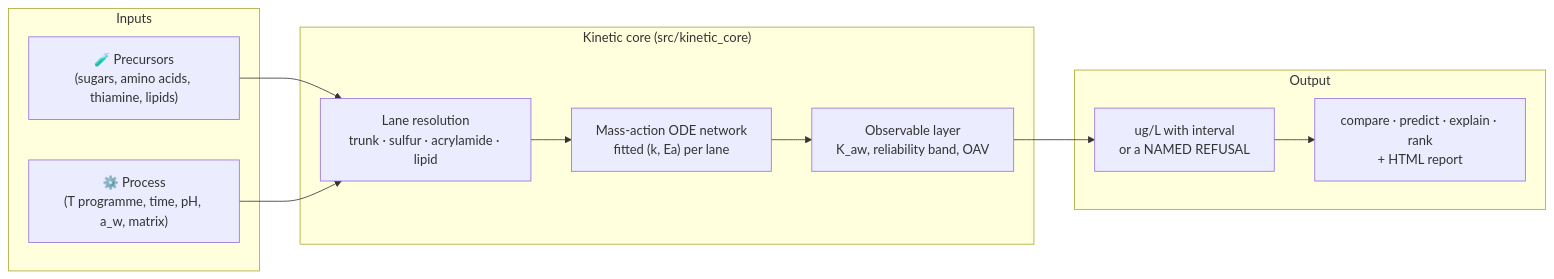
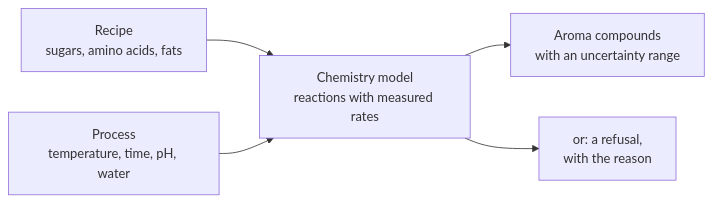
One commit to PabloAMC/Maillard changed the diagram in README.md. Above: the diagram before and after it, drawn with Mermaid. The commit also changed other lines of this file and 11 other files, not shown here.

````diff
--- a/README.md
+++ b/README.md
@@ -88,20 +57,7 @@
 ```mermaid
 graph LR
-    subgraph Inputs
-        A["🧪 Precursors<br/>(sugars, amino acids, thiamine, lipids)"]
-        B["⚙️ Process<br/>(T programme, time, pH, a_w, matrix)"]
-    end
-
-    subgraph "Kinetic core (src/kinetic_core)"
-        C["Lane resolution<br/>trunk · sulfur · acrylamide · lipid"]
-        D["Mass-action ODE network<br/>fitted (k, Ea) per lane"]
-        E["Observable layer<br/>K_aw, reliability band, OAV"]
-    end
-
-    subgraph Output
-        G["ug/L with interval<br/>or a NAMED REFUSAL"]
-        H["compare · predict · explain · rank<br/>+ HTML report"]
-    end
-
-    A & B --> C --> D --> E --> G --> H
+    A["Recipe<br/>sugars, amino acids, fats"] --> C["Chemistry model<br/>reactions with measured rates"]
+    B["Process<br/>temperature, time, pH, water"] --> C
+    C --> D["Aroma compounds<br/>with an uncertainty range"]
+    C --> E["or: a refusal,<br/>with the reason"]
 ```
````
